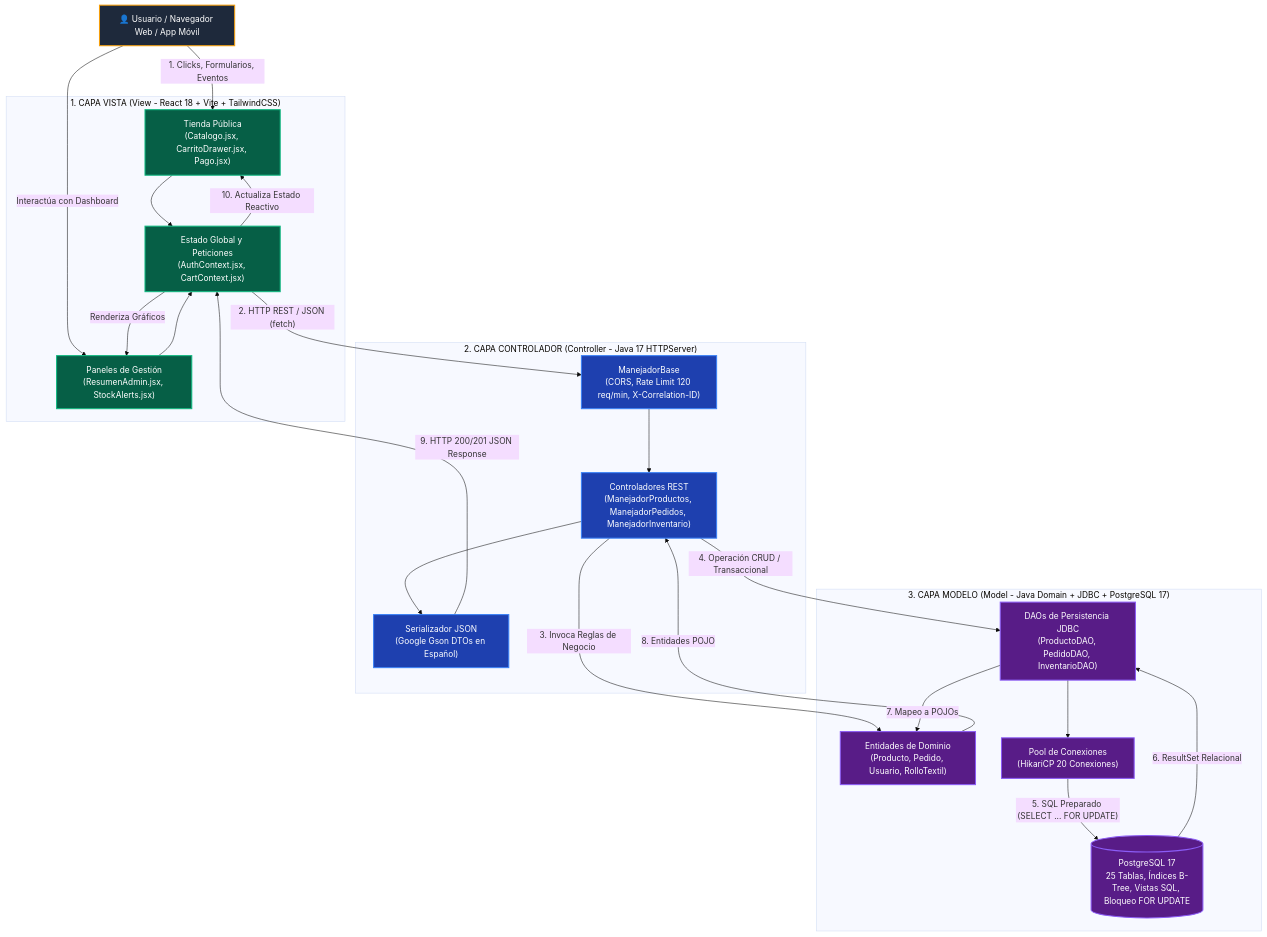
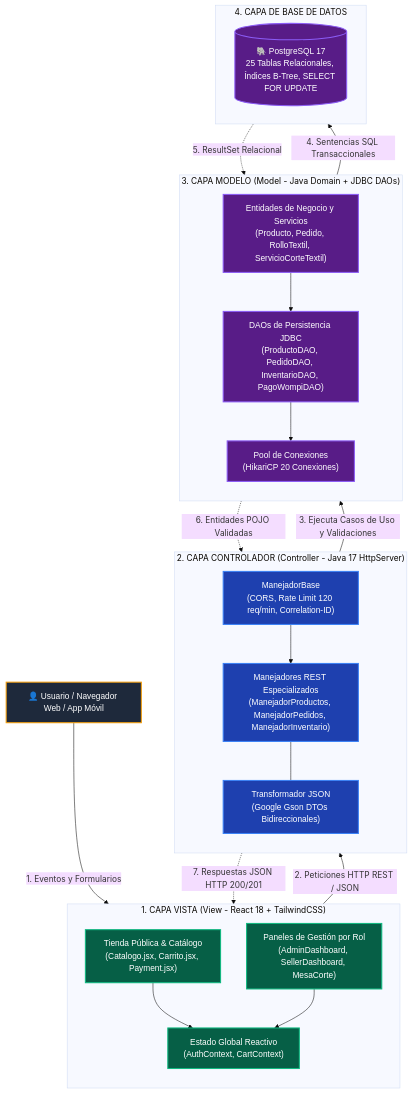
One commit to DAVIDVLEZ-DEVELOPER/PROYECTO-SENA-TIENDA-TEXTIL changed the second of 3 diagrams in BASE DE DATOS/README.md. Above: the diagram before and after it, drawn with Mermaid (base theme). The commit also changed other lines of this file and 5 other files, not shown here.

First line of the commit message:
docs: reorganizaciÃ³n y estructuraciÃ³n visual de diagramas de arquitectura

````diff
--- a/BASE DE DATOS/README.md
+++ b/BASE DE DATOS/README.md
@@ -266,46 +290,49 @@
 ```mermaid
 flowchart TD
-    classDef vistaStyle fill:#065f46,stroke:#10b981,stroke-width:2px,color:#ffffff;
-    classDef controllerStyle fill:#1e40af,stroke:#3b82f6,stroke-width:2px,color:#ffffff;
-    classDef modelStyle fill:#581c87,stroke:#8b5cf6,stroke-width:2px,color:#ffffff;
-    classDef actorStyle fill:#1e293b,stroke:#f59e0b,stroke-width:2px,color:#ffffff;
+    classDef vistaStyle fill:#065f46,stroke:#10b981,stroke-width:2px,color:#ffffff,font-family:sans-serif;
+    classDef controllerStyle fill:#1e40af,stroke:#3b82f6,stroke-width:2px,color:#ffffff,font-family:sans-serif;
+    classDef modelStyle fill:#581c87,stroke:#8b5cf6,stroke-width:2px,color:#ffffff,font-family:sans-serif;
+    classDef actorStyle fill:#1e293b,stroke:#f59e0b,stroke-width:2px,color:#ffffff,font-family:sans-serif;
 
     User["👤 Usuario / Navegador Web / App Móvil"]:::actorStyle
 
-    subgraph VISTA ["1. CAPA VISTA (View - React 18 + Vite + TailwindCSS)"]
-        UI_Store["Tienda Pública<br/>(Catalogo.jsx, CarritoDrawer.jsx, Pago.jsx)"]:::vistaStyle
-        UI_Admin["Paneles de Gestión<br/>(ResumenAdmin.jsx, StockAlerts.jsx)"]:::vistaStyle
-        UI_Context["Estado Global y Peticiones<br/>(AuthContext.jsx, CartContext.jsx)"]:::vistaStyle
+    subgraph VISTA ["1. CAPA VISTA (View - React 18 + TailwindCSS)"]
+        direction TB
+        UI_Store["Tienda Pública & Catálogo<br/>(Catalogo.jsx, Carrito.jsx, Payment.jsx)"]:::vistaStyle
+        UI_Admin["Paneles de Gestión por Rol<br/>(AdminDashboard, SellerDashboard, MesaCorte)"]:::vistaStyle
+        UI_Context["Estado Global Reactivo<br/>(AuthContext, CartContext)"]:::vistaStyle
+        UI_Store --> UI_Context
+        UI_Admin --> UI_Context
     end
 
-    subgraph CONTROLADOR ["2. CAPA CONTROLADOR (Controller - Java 17 HTTPServer)"]
-        BaseHandler["ManejadorBase<br/>(CORS, Rate Limit 120 req/min, X-Correlation-ID)"]:::controllerStyle
-        Handlers["Controladores REST<br/>(ManejadorProductos, ManejadorPedidos, ManejadorInventario)"]:::controllerStyle
-        Gson["Serializador JSON<br/>(Google Gson DTOs en Español)"]:::controllerStyle
+    subgraph CONTROLADOR ["2. CAPA CONTROLADOR (Controller - Java 17 HttpServer)"]
+        direction TB
+        BaseHandler["ManejadorBase<br/>(CORS, Rate Limit 120 req/min, Correlation-ID)"]:::controllerStyle
+        Handlers["Manejadores REST Especializados<br/>(ManejadorProductos, ManejadorPedidos, ManejadorInventario)"]:::controllerStyle
+        Gson["Transformador JSON<br/>(Google Gson DTOs Bidireccionales)"]:::controllerStyle
+        BaseHandler --> Handlers
+        Handlers --- Gson
     end
 
-    subgraph MODELO ["3. CAPA MODELO (Model - Java Domain + JDBC + PostgreSQL 17)"]
-        Domain["Entidades de Dominio<br/>(Producto, Pedido, Usuario, RolloTextil)"]:::modelStyle
-        DAOs["DAOs de Persistencia JDBC<br/>(ProductoDAO, PedidoDAO, InventarioDAO)"]:::modelStyle
+    subgraph MODELO ["3. CAPA MODELO (Model - Java Domain + JDBC DAOs)"]
+        direction TB
+        Domain["Entidades de Negocio y Servicios<br/>(Producto, Pedido, RolloTextil, ServicioCorteTextil)"]:::modelStyle
+        DAOs["DAOs de Persistencia JDBC<br/>(ProductoDAO, PedidoDAO, InventarioDAO, PagoWompiDAO)"]:::modelStyle
         Hikari["Pool de Conexiones<br/>(HikariCP 20 Conexiones)"]:::modelStyle
-        Postgres[("PostgreSQL 17<br/>25 Tablas, Índices B-Tree, Vistas SQL, Bloqueo FOR UPDATE")]:::modelStyle
+        Domain --> DAOs
+        DAOs --> Hikari
     end
 
-    User -->|"1. Clicks, Formularios, Eventos"| UI_Store
-    User -->|"Interactúa con Dashboard"| UI_Admin
-    UI_Store --> UI_Context
-    UI_Admin --> UI_Context
-    UI_Context -->|"2. HTTP REST / JSON (fetch)"| BaseHandler
-    BaseHandler --> Handlers
-    Handlers -->|"3. Invoca Reglas de Negocio"| Domain
-    Handlers -->|"4. Operación CRUD / Transaccional"| DAOs
-    DAOs --> Hikari
-    Hikari -->|"5. SQL Preparado (SELECT ... FOR UPDATE)"| Postgres
-    Postgres -->|"6. ResultSet Relacional"| DAOs
-    DAOs -->|"7. Mapeo a POJOs"| Domain
-    Domain -->|"8. Entidades POJO"| Handlers
-    Handlers --> Gson
-    Gson -->|"9. HTTP 200/201 JSON Response"| UI_Context
-    UI_Context -->|"10. Actualiza Estado Reactivo"| UI_Store
-    UI_Context -->|"Renderiza Gráficos"| UI_Admin
+    subgraph PERSISTENCIA ["4. CAPA DE BASE DE DATOS"]
+        Postgres[("🐘 PostgreSQL 17<br/>25 Tablas Relacionales, Índices B-Tree, SELECT FOR UPDATE")]:::modelStyle
+    end
+
+    %% Flujo ordenado de capas
+    User -->|"1. Eventos y Formularios"| VISTA
+    VISTA -->|"2. Peticiones HTTP REST / JSON"| CONTROLADOR
+    CONTROLADOR -->|"3. Ejecuta Casos de Uso y Validaciones"| MODELO
+    MODELO -->|"4. Sentencias SQL Transaccionales"| PERSISTENCIA
+    PERSISTENCIA -.->|"5. ResultSet Relacional"| MODELO
+    MODELO -.->|"6. Entidades POJO Validadas"| CONTROLADOR
+    CONTROLADOR -.->|"7. Respuestas JSON HTTP 200/201"| VISTA
 ```
````
